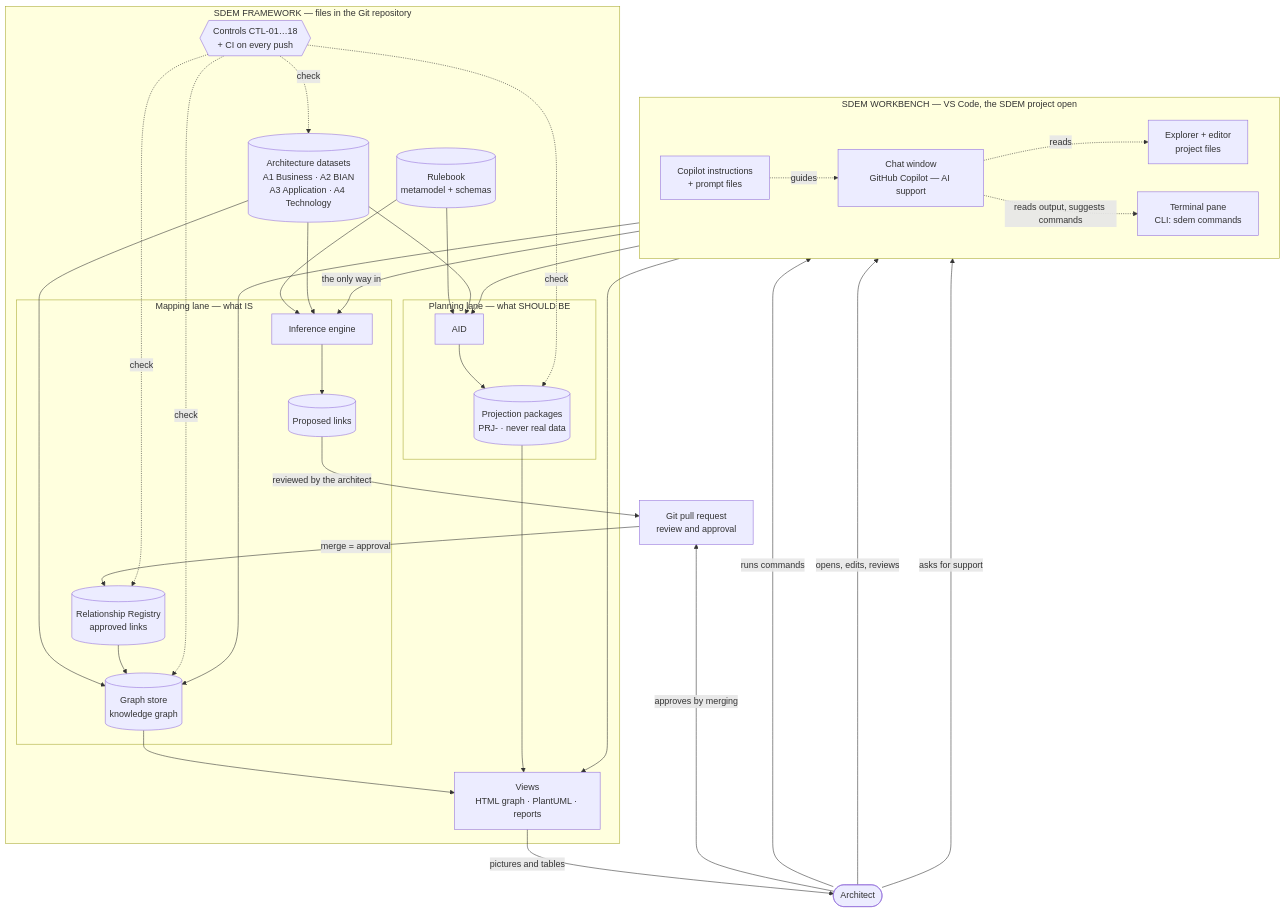
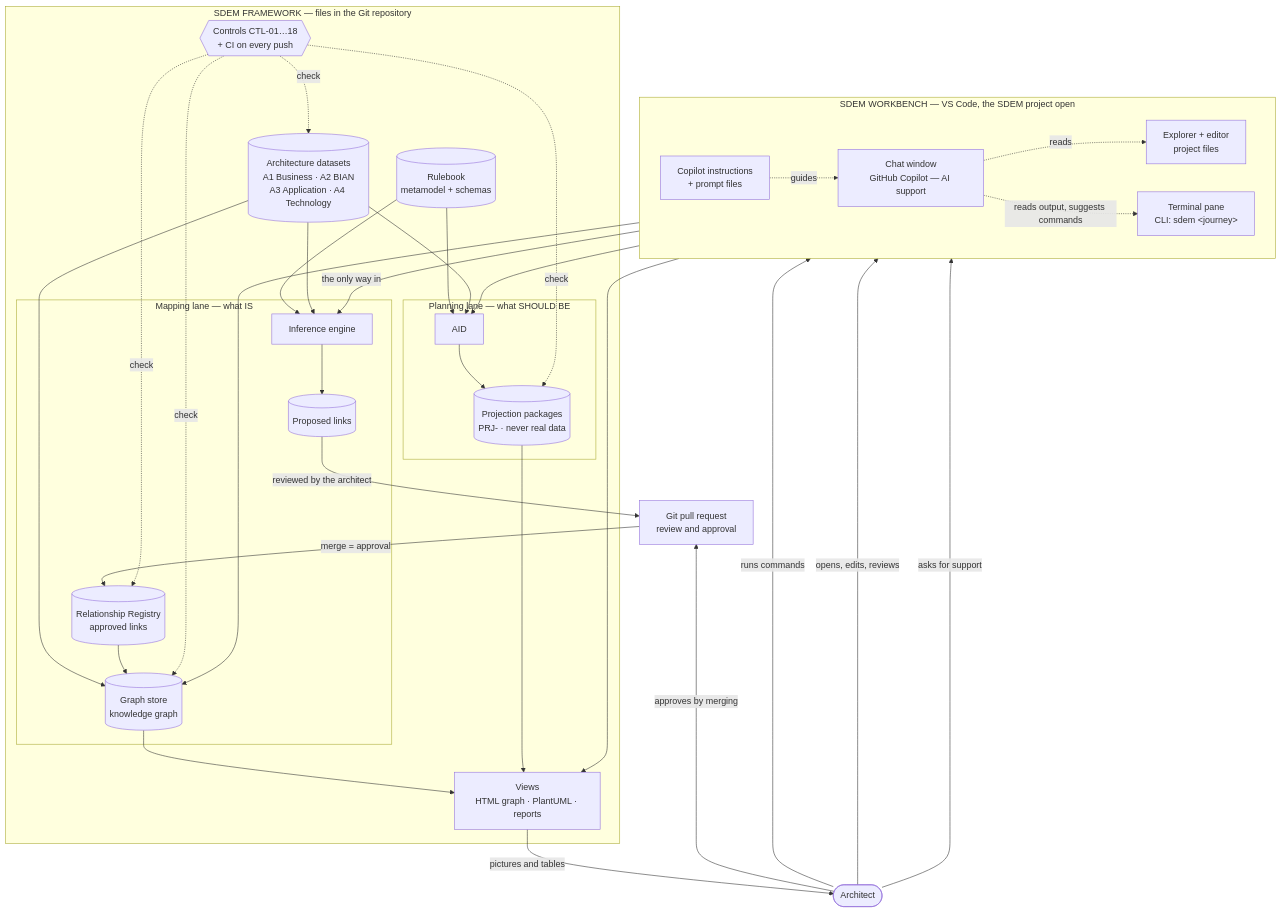
The first of 6 diagrams in docs/sdem-workbench-design.md (taumoeps/bian-sdem-framework), drawn with Mermaid before and after one commit. The commit also changed other lines of this file and 11 other files, not shown here.

````diff
--- a/docs/sdem-workbench-design.md
+++ b/docs/sdem-workbench-design.md
@@ -38,60 +38,60 @@
 ```mermaid
 flowchart TB
     architect(["Architect"])
 
     subgraph WB["SDEM WORKBENCH — VS Code, the SDEM project open"]
         direction LR
         files["Explorer + editor<br/>project files"]
-        term["Terminal pane<br/>CLI: sdem commands"]
+        term["Terminal pane<br/>CLI: sdem &lt;journey&gt;"]
         chat["Chat window<br/>GitHub Copilot — AI support"]
         guide["Copilot instructions<br/>+ prompt files"]
     end
 
     subgraph FW["SDEM FRAMEWORK — files in the Git repository"]
         rulebook[("Rulebook<br/>metamodel + schemas")]
         datasets[("Architecture datasets<br/>A1 Business · A2 BIAN<br/>A3 Application · A4 Technology")]
         subgraph ML["Mapping lane — what IS"]
             engine["Inference engine"]
             proposals[("Proposed links")]
             registry[("Relationship Registry<br/>approved links")]
             store[("Graph store<br/>knowledge graph")]
         end
         subgraph PL["Planning lane — what SHOULD BE"]
             aid["AID"]
             prj[("Projection packages<br/>PRJ- · never real data")]
         end
         views["Views<br/>HTML graph · PlantUML · reports"]
         controls{{"Controls CTL-01…18<br/>+ CI on every push"}}
     end
 
     git["Git pull request<br/>review and approval"]
 
     architect -->|"runs commands"| term
     architect -->|"opens, edits, reviews"| files
     architect -->|"asks for support"| chat
     guide -.->|"guides"| chat
     chat -.->|"reads output, suggests commands"| term
     chat -.->|"reads"| files
     term -->|"the only way in"| engine
     term --> aid
     term --> store
     term --> views
     rulebook --> engine
     rulebook --> aid
     datasets --> engine
     datasets --> aid
     engine --> proposals
     proposals -->|"reviewed by the architect"| git
     architect -->|"approves by merging"| git
     git -->|"merge = approval"| registry
     datasets --> store
     registry --> store
     aid --> prj
     store --> views
     prj --> views
     views -->|"pictures and tables"| architect
     controls -.->|"check"| datasets
     controls -.->|"check"| registry
     controls -.->|"check"| store
     controls -.->|"check"| prj
 ```
````
